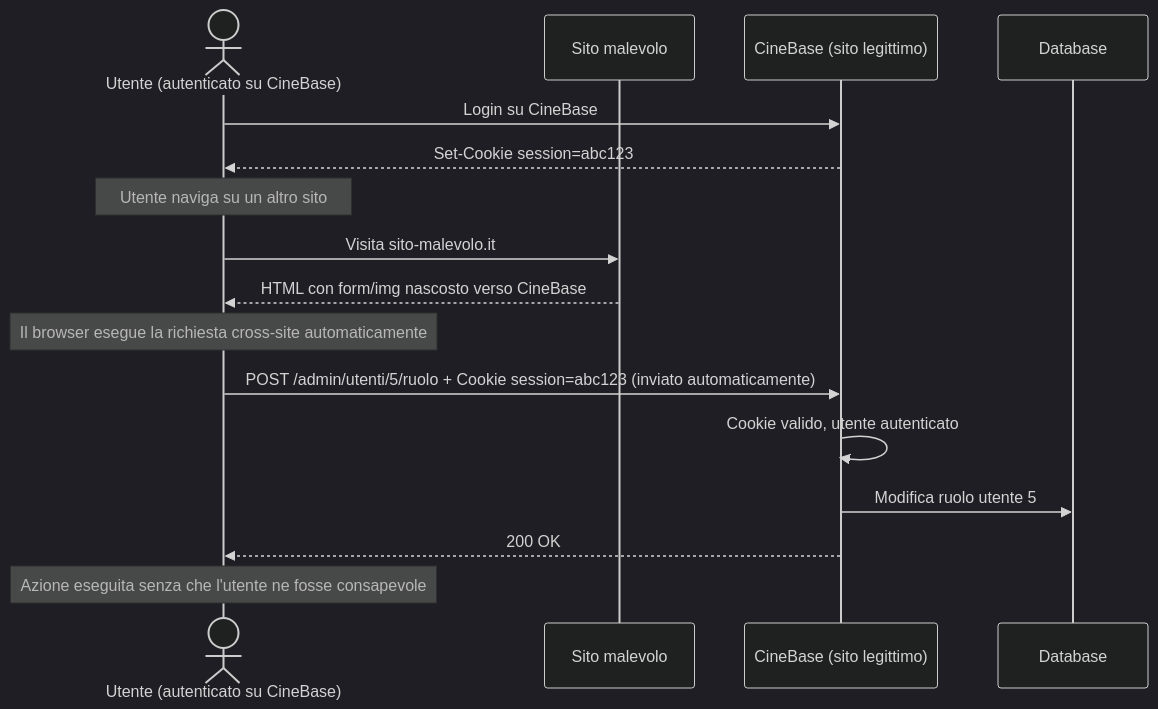
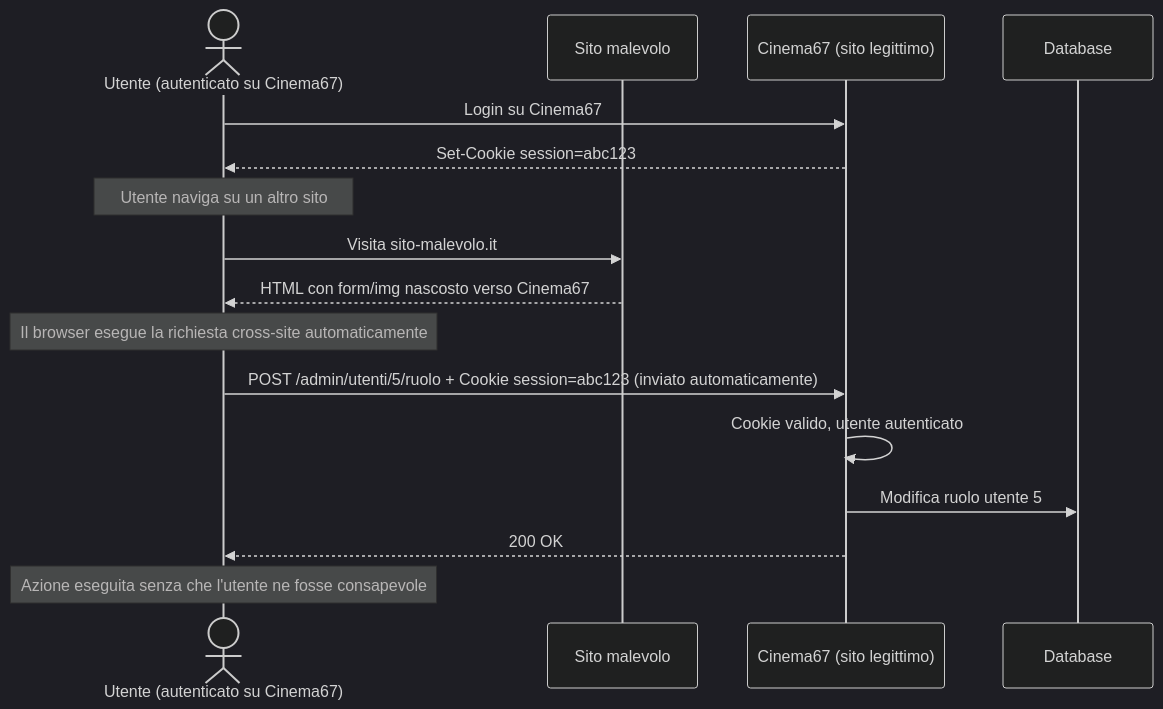
Before and after one commit to GioeleUselli/Cinema67: diagram 13 of 18 in docs/tutorials/TUTORIAL_AUTENTICAZIONE_WEB.md, drawn with Mermaid (dark theme). The commit also changed other lines of this file and 123 other files, not shown here.

````diff
--- a/docs/tutorials/TUTORIAL_AUTENTICAZIONE_WEB.md
+++ b/docs/tutorials/TUTORIAL_AUTENTICAZIONE_WEB.md
@@ -971,21 +971,21 @@
 ```mermaid
 sequenceDiagram
-    actor USR as Utente (autenticato su CineBase)
+    actor USR as Utente (autenticato su Cinema67)
     participant MAL as Sito malevolo
-    participant APP as CineBase (sito legittimo)
+    participant APP as Cinema67 (sito legittimo)
     participant DB as Database
 
-    USR->>APP: Login su CineBase
+    USR->>APP: Login su Cinema67
     APP-->>USR: Set-Cookie session=abc123
 
     note over USR: Utente naviga su un altro sito
     USR->>MAL: Visita sito-malevolo.it
-    MAL-->>USR: HTML con form/img nascosto verso CineBase
+    MAL-->>USR: HTML con form/img nascosto verso Cinema67
 
     note over USR: Il browser esegue la richiesta cross-site automaticamente
     USR->>APP: POST /admin/utenti/5/ruolo + Cookie session=abc123 (inviato automaticamente)
     APP->>APP: Cookie valido, utente autenticato
     APP->>DB: Modifica ruolo utente 5
     APP-->>USR: 200 OK
     note over USR: Azione eseguita senza che l'utente ne fosse consapevole
 ```
````
